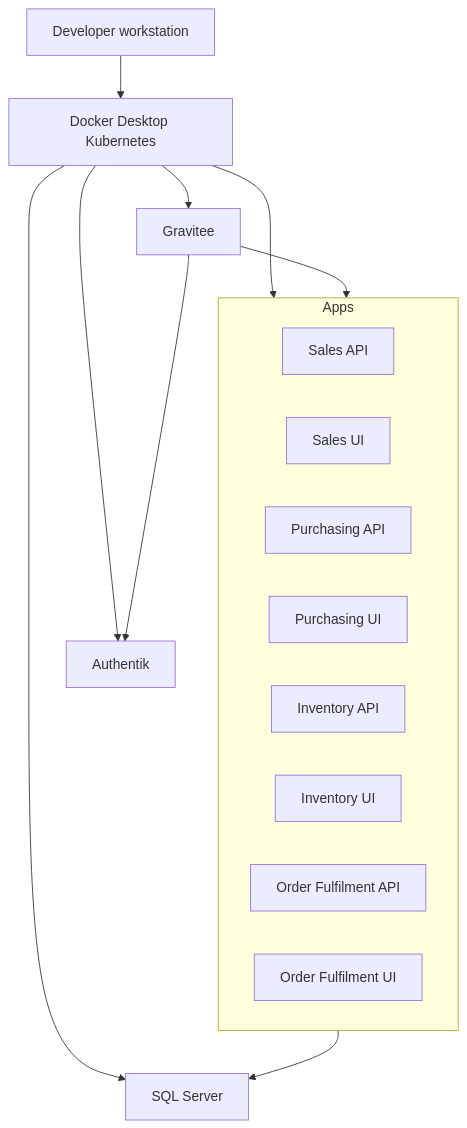
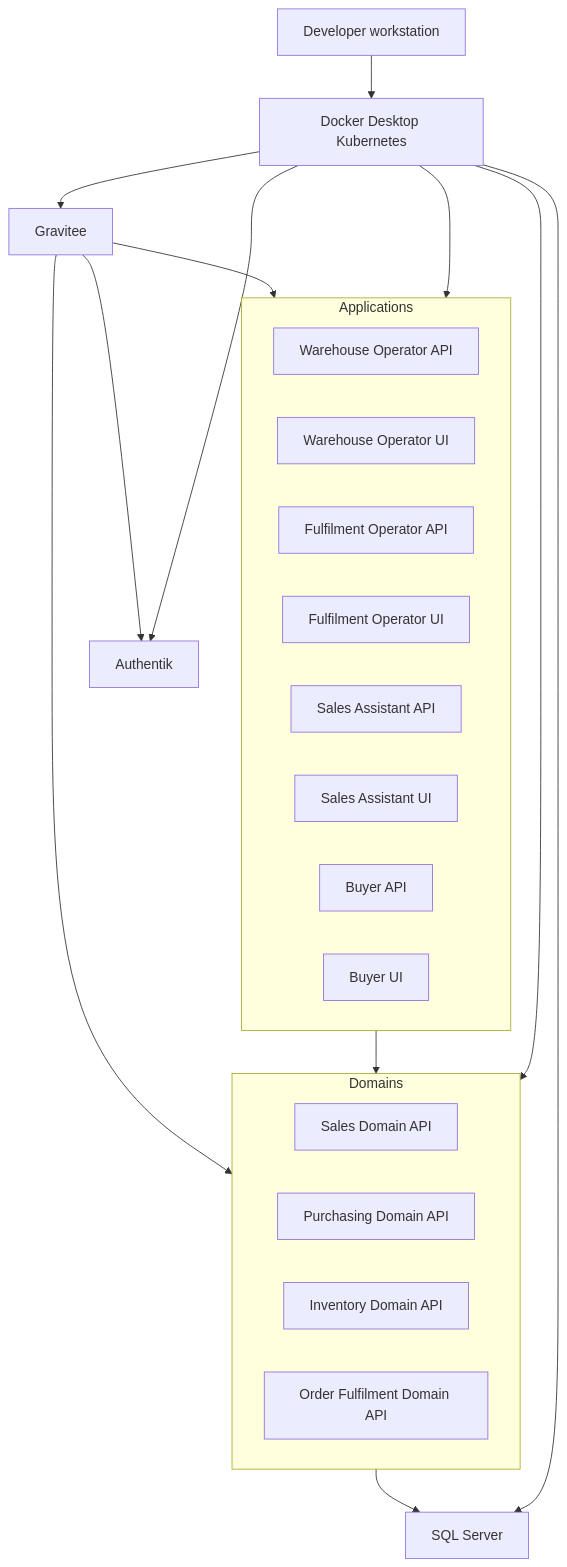
Before and after one commit to ben-cottrell/acme-erp: the diagram in docs/architecture/local-kubernetes-runtime.md, drawn with Mermaid. The commit also changed other lines of this file and 34 other files, not shown here.

Commit message:
update architecture

````diff
--- a/docs/architecture/local-kubernetes-runtime.md
+++ b/docs/architecture/local-kubernetes-runtime.md
@@ -25,22 +25,33 @@
 ```mermaid
 flowchart TB
     Dev[Developer workstation] --> Docker[Docker Desktop Kubernetes]
     Docker --> Gravitee[Gravitee]
     Docker --> Authentik[Authentik]
     Docker --> SqlServer[SQL Server]
-    Docker --> Apps[Eight ASP.NET Core services]
-    Apps --> SqlServer
-    Gravitee --> Apps
+    Docker --> Domains[Domain API services]
+    Docker --> Applications[Application API/UI services]
     Gravitee --> Authentik
 
-    subgraph Apps
-        SalesApi[Sales API]
-        SalesUi[Sales UI]
-        PurchasingApi[Purchasing API]
-        PurchasingUi[Purchasing UI]
-        InventoryApi[Inventory API]
-        InventoryUi[Inventory UI]
-        FulfilmentApi[Order Fulfilment API]
-        FulfilmentUi[Order Fulfilment UI]
+    subgraph Domains
+        SalesApi[Sales Domain API]
+        PurchasingApi[Purchasing Domain API]
+        InventoryApi[Inventory Domain API]
+        FulfilmentApi[Order Fulfilment Domain API]
     end
+
+    subgraph Applications
+        WarehouseApi[Warehouse Operator API]
+        WarehouseUi[Warehouse Operator UI]
+        FulfilmentOperatorApi[Fulfilment Operator API]
+        FulfilmentOperatorUi[Fulfilment Operator UI]
+        SalesAssistantApi[Sales Assistant API]
+        SalesAssistantUi[Sales Assistant UI]
+        BuyerApi[Buyer API]
+        BuyerUi[Buyer UI]
+    end
+
+    Applications --> Domains
+    Domains --> SqlServer
+    Gravitee --> Domains
+    Gravitee --> Applications
 ```
````
